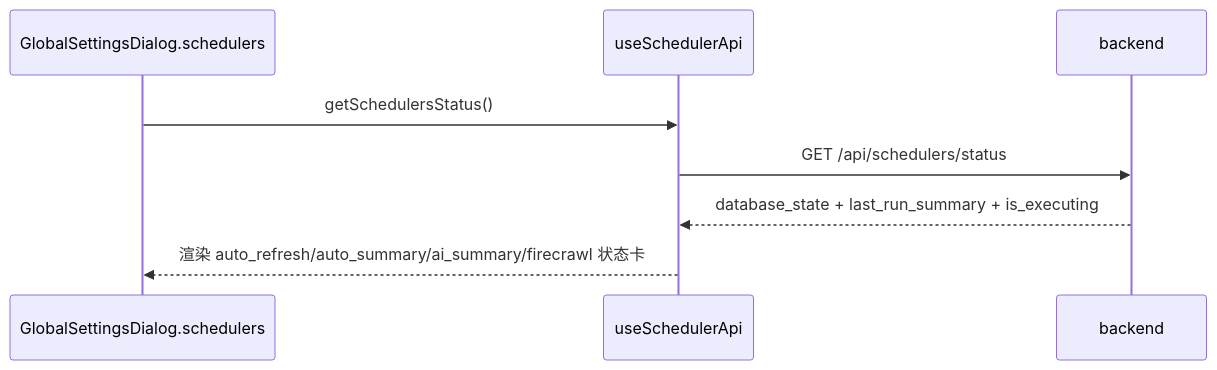
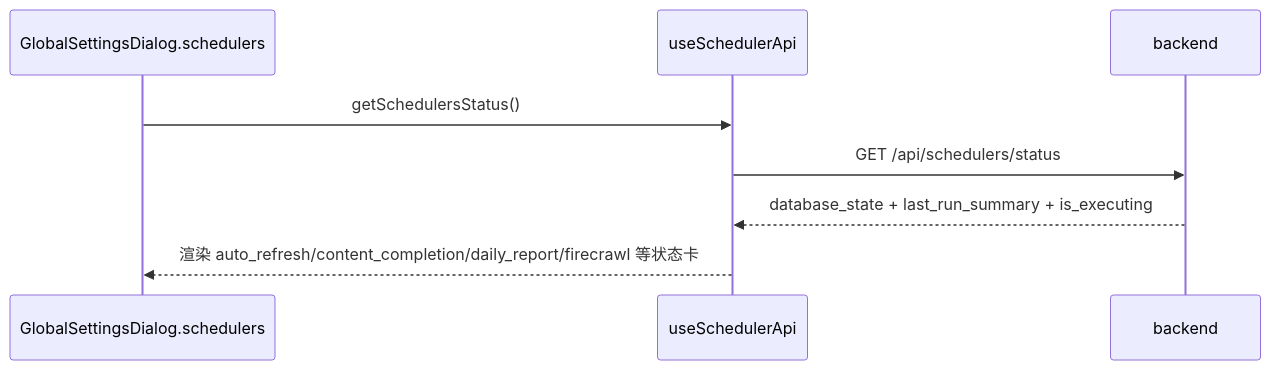
One commit to ZanebonoAlter/my-robot changed the diagram in docs/reference/flow/scheduler.md. Above: the diagram before and after it, drawn with Mermaid. The commit also changed other lines of this file and 50 other files, not shown here.

````diff
--- a/docs/reference/flow/scheduler.md
+++ b/docs/reference/flow/scheduler.md
@@ -37,10 +42,10 @@
 ```mermaid
 sequenceDiagram
   participant UI as GlobalSettingsDialog.schedulers
   participant Api as useSchedulerApi
   participant BE as backend
   UI->>Api: getSchedulersStatus()
   Api->>BE: GET /api/schedulers/status
   BE-->>Api: database_state + last_run_summary + is_executing
-  Api-->>UI: 渲染 auto_refresh/auto_summary/ai_summary/firecrawl 状态卡
+  Api-->>UI: 渲染 auto_refresh/content_completion/daily_report/firecrawl 等状态卡
 ```
````
